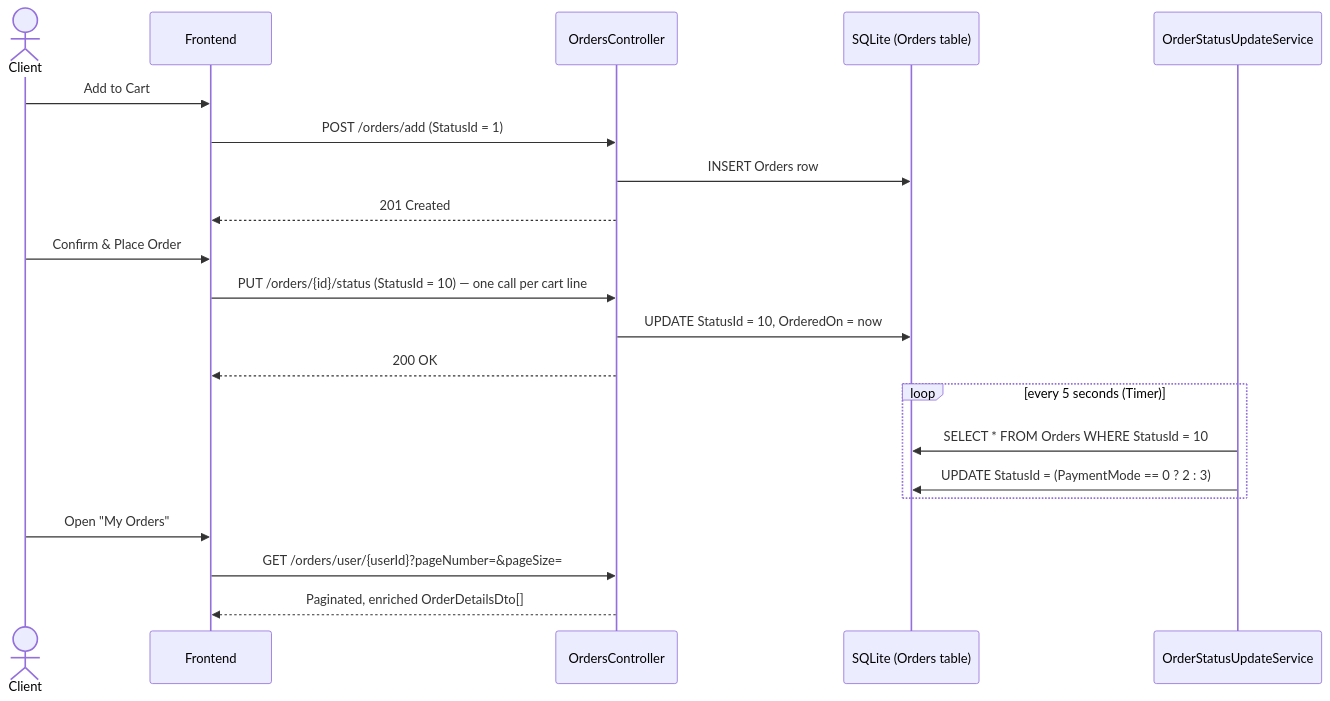
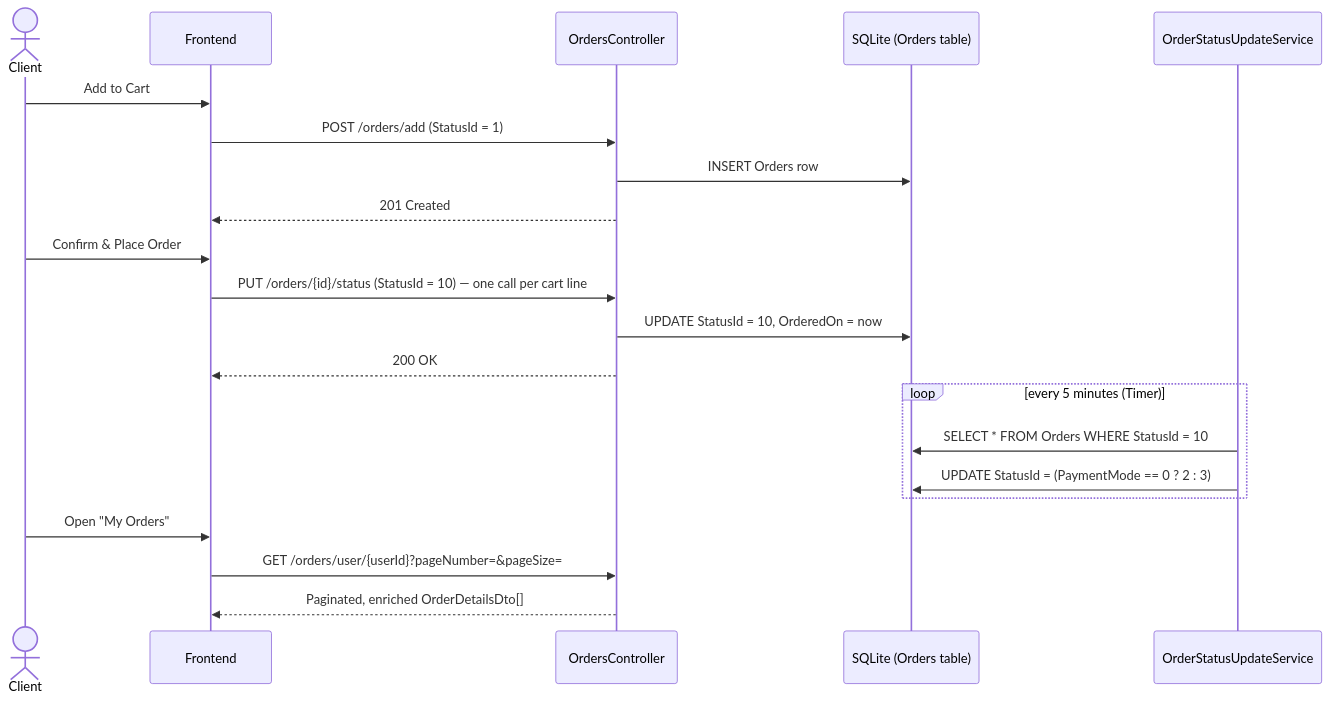
The seventh of 7 diagrams in README.md (bhorsatish/Peer-eCommOrderProcessingSystem), drawn with Mermaid before and after one commit. The commit also changed other lines of this file and 11 other files, not shown here.

````diff
--- a/README.md
+++ b/README.md
@@ -320,27 +363,27 @@
 ```mermaid
 sequenceDiagram
     actor C as Client
     participant FE as Frontend
     participant OC as OrdersController
     participant DB as SQLite (Orders table)
     participant BG as OrderStatusUpdateService
 
     C->>FE: Add to Cart
     FE->>OC: POST /orders/add (StatusId = 1)
     OC->>DB: INSERT Orders row
     OC-->>FE: 201 Created
 
     C->>FE: Confirm & Place Order
     FE->>OC: PUT /orders/{id}/status (StatusId = 10) — one call per cart line
     OC->>DB: UPDATE StatusId = 10, OrderedOn = now
     OC-->>FE: 200 OK
 
-    loop every 5 seconds (Timer)
+    loop every 5 minutes (Timer)
         BG->>DB: SELECT * FROM Orders WHERE StatusId = 10
         BG->>DB: UPDATE StatusId = (PaymentMode == 0 ? 2 : 3)
     end
 
     C->>FE: Open "My Orders"
     FE->>OC: GET /orders/user/{userId}?pageNumber=&pageSize=
     OC-->>FE: Paginated, enriched OrderDetailsDto[]
 ```
````
